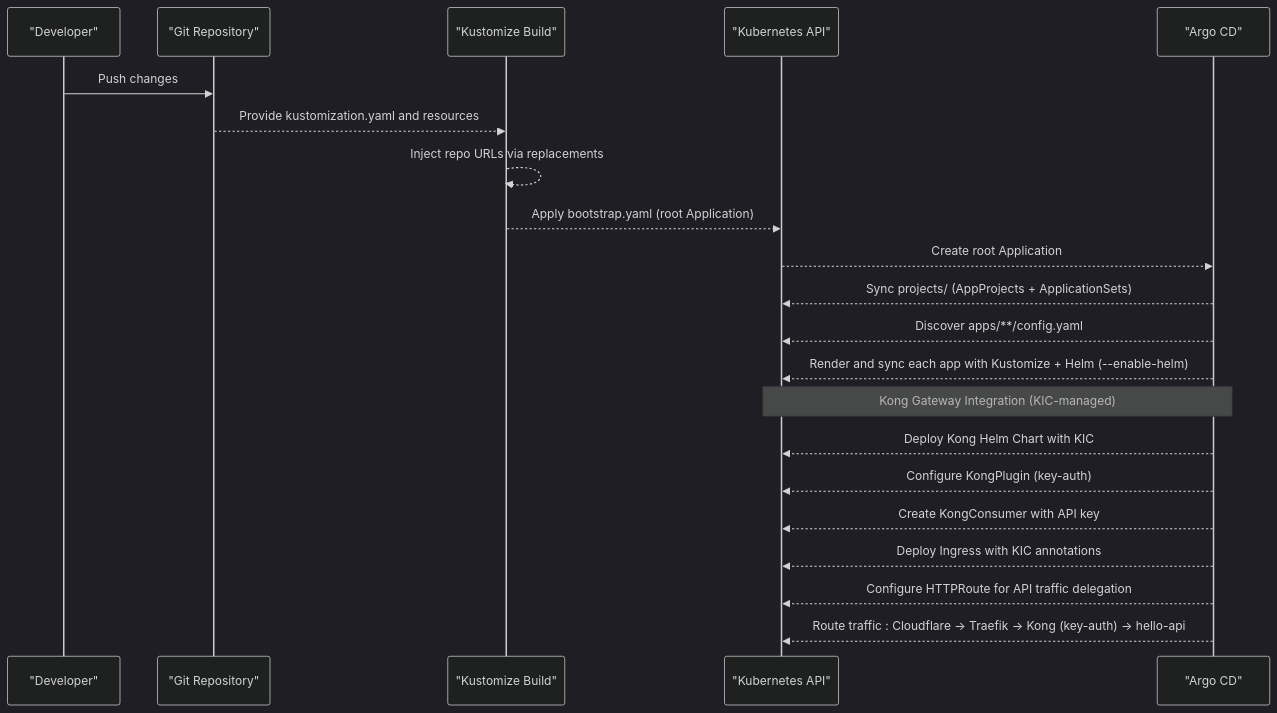
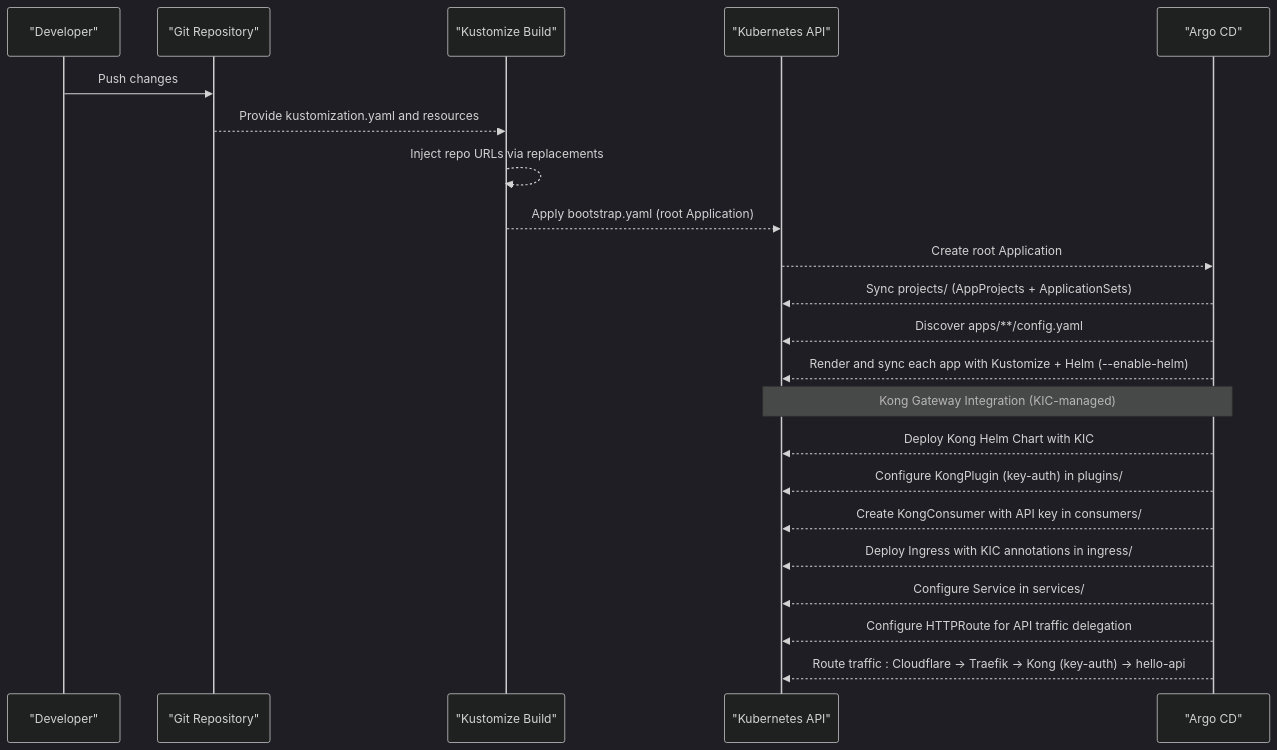
Before and after one commit to Hoangvu75/k8s_manifest: the second of 3 diagrams in .qoder/repowiki/en/content/Application Configuration/Application Configuration.md, drawn with Mermaid (dark theme). The commit also changed other lines of this file and 6 other files, not shown here.

````diff
--- a/.qoder/repowiki/en/content/Application Configuration/Application Configuration.md
+++ b/.qoder/repowiki/en/content/Application Configuration/Application Configuration.md
@@ -136,23 +147,24 @@
 ```mermaid
 sequenceDiagram
 participant Dev as "Developer"
 participant Repo as "Git Repository"
 participant Kust as "Kustomize Build"
 participant Kube as "Kubernetes API"
 participant Argo as "Argo CD"
 Dev->>Repo : Push changes
 Repo-->>Kust : Provide kustomization.yaml and resources
 Kust-->>Kust : Inject repo URLs via replacements
 Kust-->>Kube : Apply bootstrap.yaml (root Application)
 Kube-->>Argo : Create root Application
 Argo-->>Kube : Sync projects/ (AppProjects + ApplicationSets)
 Argo-->>Kube : Discover apps/**/config.yaml
 Argo-->>Kube : Render and sync each app with Kustomize + Helm (--enable-helm)
 Note over Argo,Kube : Kong Gateway Integration (KIC-managed)
 Argo-->>Kube : Deploy Kong Helm Chart with KIC
-Argo-->>Kube : Configure KongPlugin (key-auth)
-Argo-->>Kube : Create KongConsumer with API key
-Argo-->>Kube : Deploy Ingress with KIC annotations
+Argo-->>Kube : Configure KongPlugin (key-auth) in plugins/
+Argo-->>Kube : Create KongConsumer with API key in consumers/
+Argo-->>Kube : Deploy Ingress with KIC annotations in ingress/
+Argo-->>Kube : Configure Service in services/
 Argo-->>Kube : Configure HTTPRoute for API traffic delegation
 Argo-->>Kube : Route traffic : Cloudflare → Traefik → Kong (key-auth) → hello-api
 ```
````
